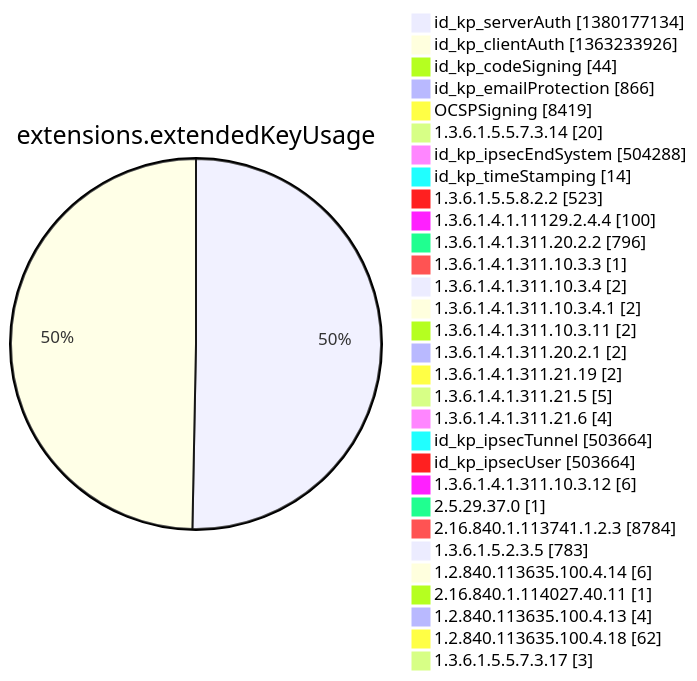
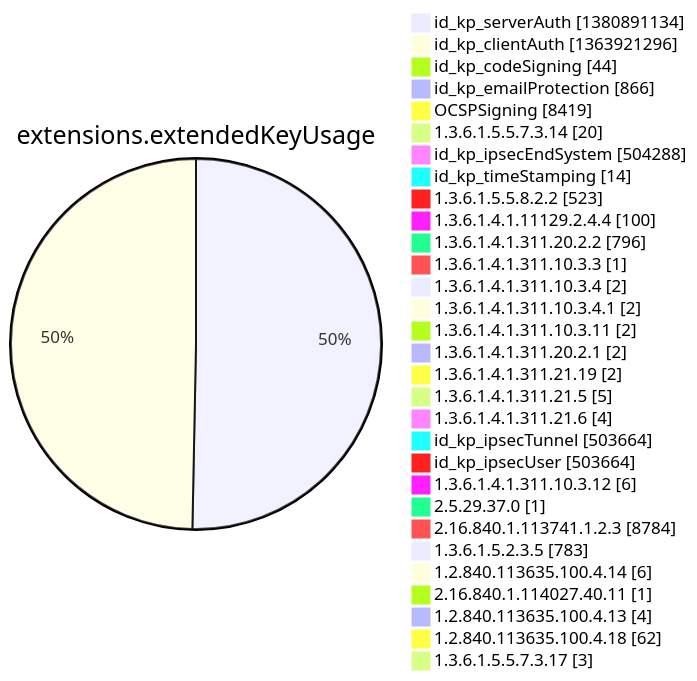
Diagram 12 of 15 in argon2022/README.md (christiankrug/ctmonitor_visualization), drawn with Mermaid before and after one commit. The commit also changed other lines of this file, not shown here.

````diff
--- a/argon2022/README.md
+++ b/argon2022/README.md
@@ -3554,34 +3554,34 @@
 ```mermaid
 pie showData
 title extensions.extendedKeyUsage
-"id_kp_serverAuth" :1380177134
-"id_kp_clientAuth" :1363233926
+"id_kp_serverAuth" :1380891134
+"id_kp_clientAuth" :1363921296
 "id_kp_codeSigning" :44
 "id_kp_emailProtection" :866
 "OCSPSigning" :8419
 "1.3.6.1.5.5.7.3.14" :20
 "id_kp_ipsecEndSystem" :504288
 "id_kp_timeStamping" :14
 "1.3.6.1.5.5.8.2.2" :523
 "1.3.6.1.4.1.11129.2.4.4" :100
 "1.3.6.1.4.1.311.20.2.2" :796
 "1.3.6.1.4.1.311.10.3.3" :1
 "1.3.6.1.4.1.311.10.3.4" :2
 "1.3.6.1.4.1.311.10.3.4.1" :2
 "1.3.6.1.4.1.311.10.3.11" :2
 "1.3.6.1.4.1.311.20.2.1" :2
 "1.3.6.1.4.1.311.21.19" :2
 "1.3.6.1.4.1.311.21.5" :5
 "1.3.6.1.4.1.311.21.6" :4
 "id_kp_ipsecTunnel" :503664
 "id_kp_ipsecUser" :503664
 "1.3.6.1.4.1.311.10.3.12" :6
 "2.5.29.37.0" :1
 "2.16.840.1.113741.1.2.3" :8784
 "1.3.6.1.5.2.3.5" :783
 "1.2.840.113635.100.4.14" :6
 "2.16.840.1.114027.40.11" :1
 "1.2.840.113635.100.4.13" :4
 "1.2.840.113635.100.4.18" :62
 "1.3.6.1.5.5.7.3.17" :3
 ```
````
